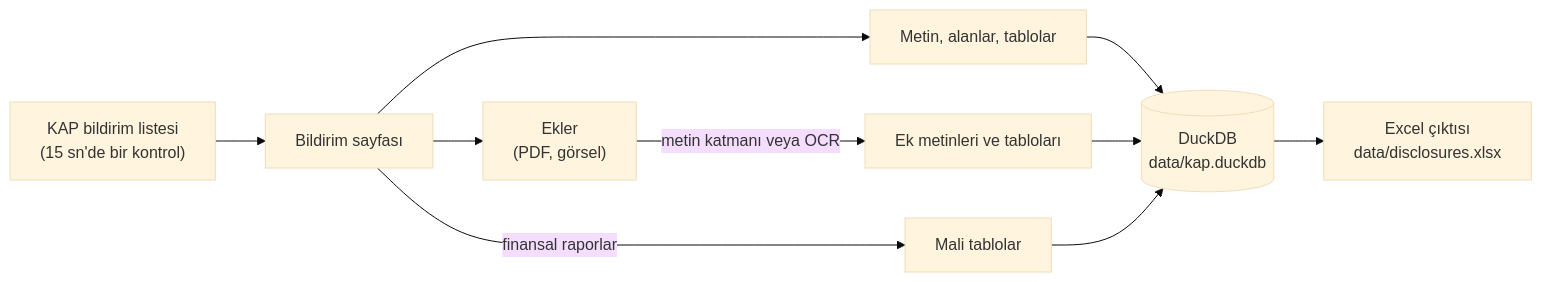
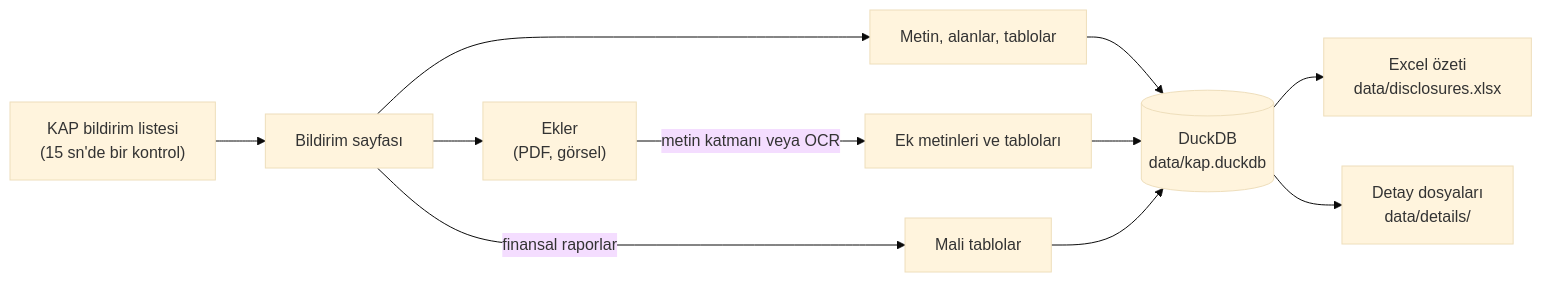
The diagram in README.md (FinTreX-SDP/kap-scrapper), drawn with Mermaid (base theme) before and after one commit. The commit also changed other lines of this file and 7 other files, not shown here.

````diff
--- a/README.md
+++ b/README.md
@@ -27,12 +27,13 @@
 ```mermaid
 flowchart LR
     feed["KAP bildirim listesi<br/>(15 sn'de bir kontrol)"] --> page["Bildirim sayfası"]
     page --> details["Metin, alanlar, tablolar"]
     page --> files["Ekler<br/>(PDF, görsel)"]
     page -->|finansal raporlar| fin["Mali tablolar"]
     files -->|metin katmanı veya OCR| att["Ek metinleri ve tabloları"]
     details --> db[("DuckDB<br/>data/kap.duckdb")]
     att --> db
     fin --> db
-    db --> xlsx["Excel çıktısı<br/>data/disclosures.xlsx"]
+    db --> xlsx["Excel özeti<br/>data/disclosures.xlsx"]
+    db --> md["Detay dosyaları<br/>data/details/"]
 ```
````
